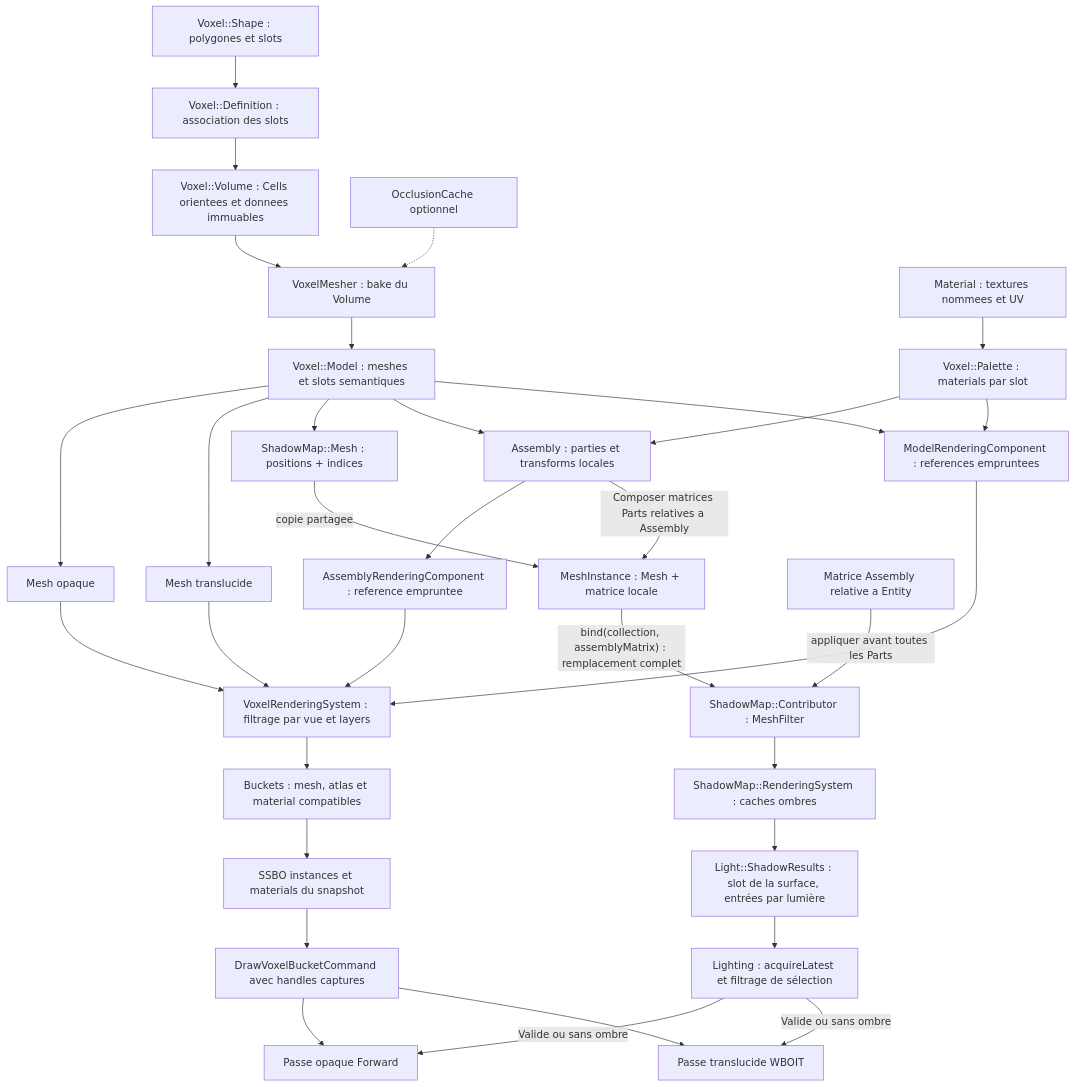
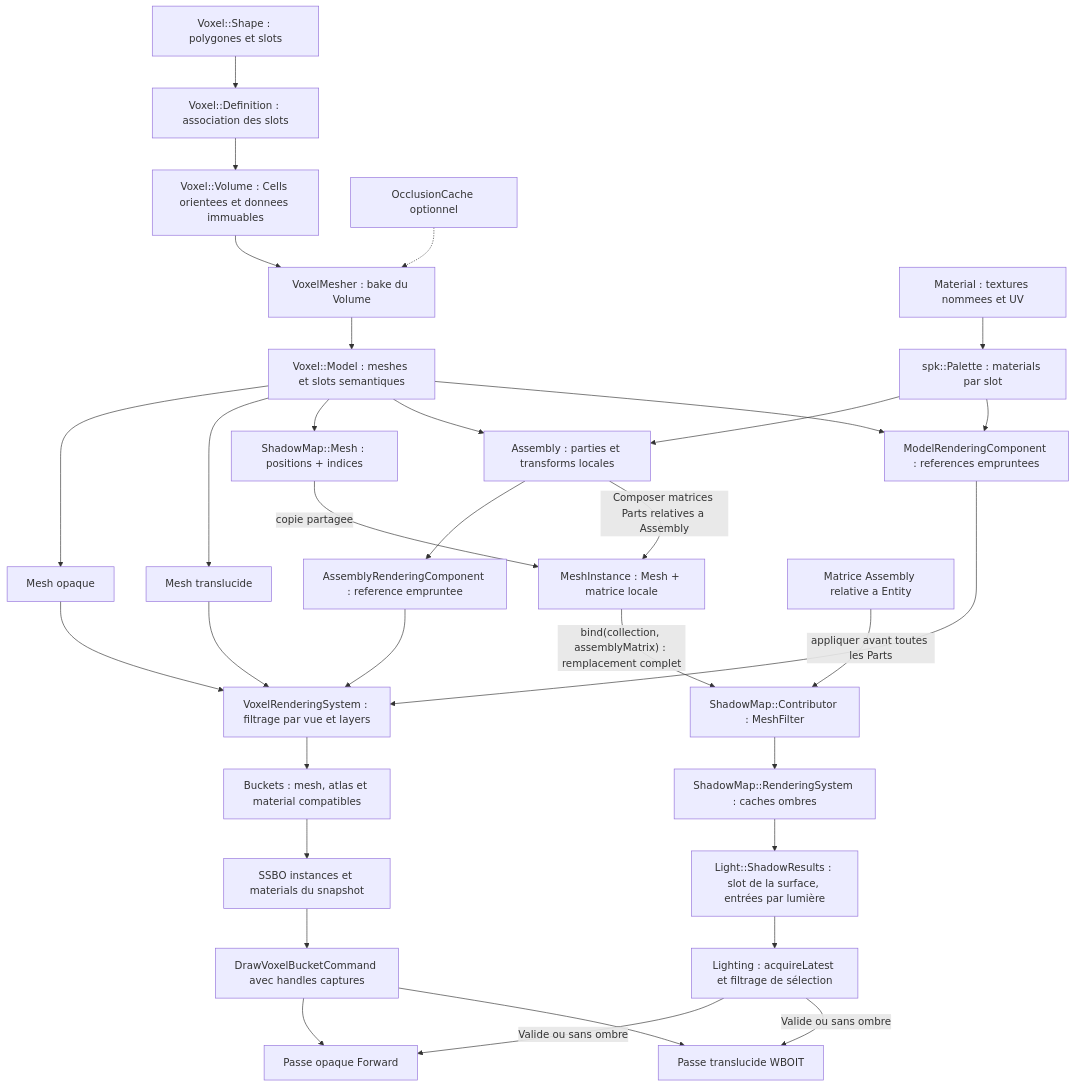
One commit to EreliaStudio/Sparkle changed diagram 20 of 20 in docs/voxel-engine-v0.1.4/08-lumieres-et-ombres.md. Above: the diagram before and after it, drawn with Mermaid.

Commit message:
PR-07: align docs with generic Palette and voxel validation preset

````diff
--- a/docs/voxel-engine-v0.1.4/08-lumieres-et-ombres.md
+++ b/docs/voxel-engine-v0.1.4/08-lumieres-et-ombres.md
@@ -801,35 +801,35 @@
 ```mermaid
 flowchart TD
     Shape["Voxel::Shape : polygones et slots"] --> Definition["Voxel::Definition : association des slots"]
     Definition --> Volume["Voxel::Volume : Cells orientees et donnees immuables"]
     Volume --> Mesher["VoxelMesher : bake du Volume"]
     Occlusion["OcclusionCache optionnel"] -.-> Mesher
     Mesher --> Model["Voxel::Model : meshes et slots semantiques"]
     Model --> Opaque["Mesh opaque"]
     Model --> Translucent["Mesh translucide"]
     Model --> ShadowDepth["ShadowMap::Mesh : positions + indices"]
-    Material["Material : textures nommees et UV"] --> Palette["Voxel::Palette : materials par slot"]
+    Material["Material : textures nommees et UV"] --> Palette["spk::Palette : materials par slot"]
     Model --> Assembly["Assembly : parties et transforms locales"]
     Palette --> Assembly
     Model --> ModelComp["ModelRenderingComponent : references empruntees"]
     Palette --> ModelComp
     Assembly --> AssemblyComp["AssemblyRenderingComponent : reference empruntee"]
     ModelComp --> VR["VoxelRenderingSystem : filtrage par vue et layers"]
     AssemblyComp --> VR
     Opaque --> VR
     Translucent --> VR
     VR --> Buckets["Buckets : mesh, atlas et material compatibles"]
     Buckets --> SSBO["SSBO instances et materials du snapshot"]
     SSBO --> Draw["DrawVoxelBucketCommand avec handles captures"]
     Draw --> Forward["Passe opaque Forward"]
     Draw --> WBOIT["Passe translucide WBOIT"]
     ShadowDepth -->|"copie partagee"| MeshPart["MeshInstance : Mesh + matrice locale"]
     Assembly -->|"Composer matrices Parts relatives a Assembly"| MeshPart
     AssemblyMatrix["Matrice Assembly relative a Entity"] -->|"appliquer avant toutes les Parts"| Caster["ShadowMap::Contributor : MeshFilter"]
     MeshPart -->|"bind(collection, assemblyMatrix) : remplacement complet"| Caster
     Caster --> Shadow["ShadowMap::RenderingSystem : caches ombres"]
     Shadow --> Out["Light::ShadowResults : slot de la surface, entrées par lumière"]
     Out --> SurfaceCheck["Lighting : acquireLatest et filtrage de sélection"]
     SurfaceCheck -->|"Valide ou sans ombre"| Forward
     SurfaceCheck -->|"Valide ou sans ombre"| WBOIT
 ```
````
